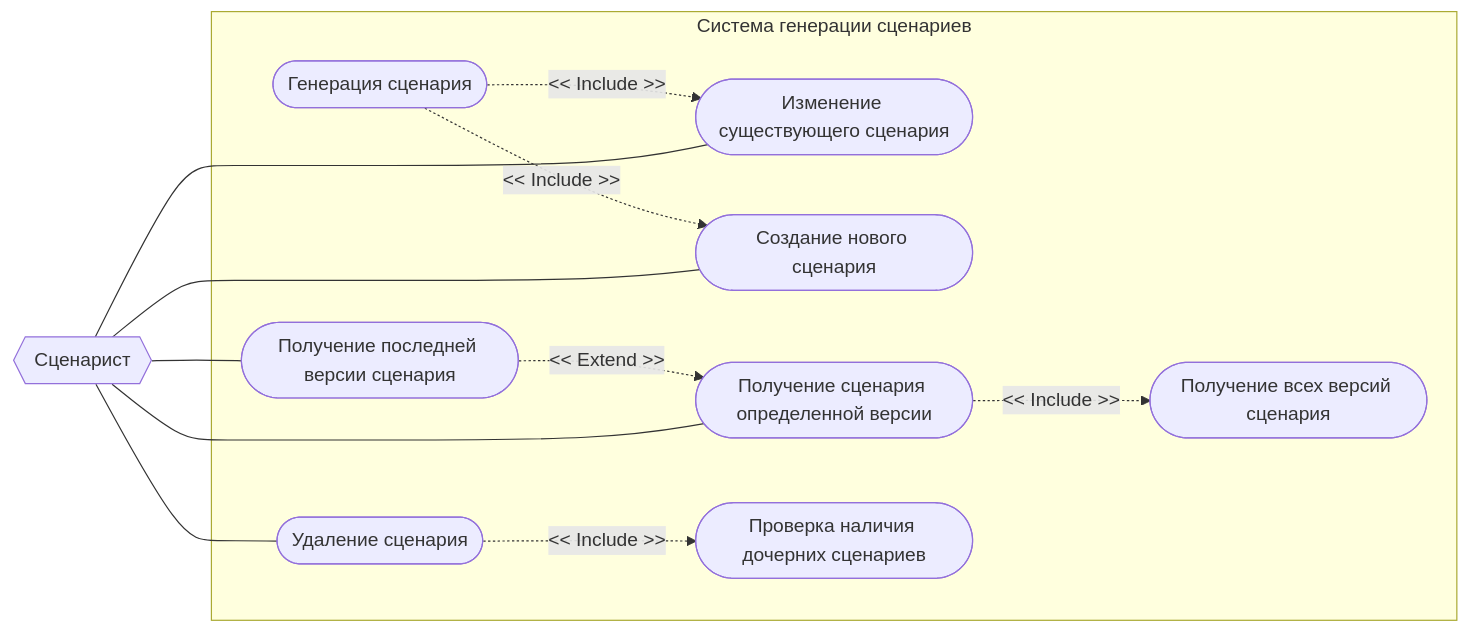
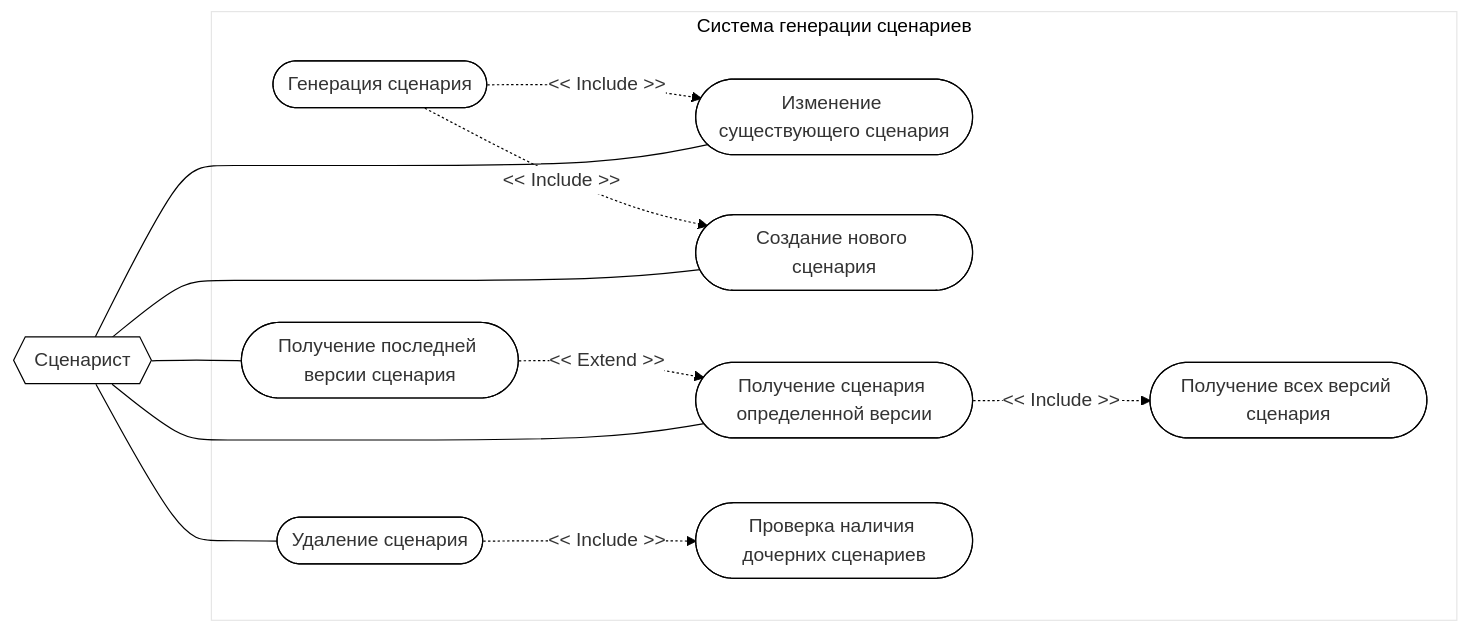
Before and after one commit to CHSU-scenarAIst/diagrammy: the diagram in Диаграмма вариантов использования.md, drawn with Mermaid. The commit also changed 30 other files, not shown here.

Commit message:
рефактор диаграмм

````diff
--- a/Диаграмма вариантов использования.md
+++ b/Диаграмма вариантов использования.md
@@ -2,29 +2,41 @@
 ```mermaid
+%%{init: {
+  'theme': 'base',
+  'themeVariables': {
+    'primaryColor': '#fff',
+    'primaryBorderColor': '#000',
+    'lineColor': '#000',
+    'tertiaryColor': '#fff',
+    'edgeColor': '#000',
+    'fontFamily': 'arial',
+    'fontSize': '16px'
+  }
+}}%%
 graph LR
     subgraph "Система генерации сценариев"
         UC1([Изменение существующего сценария])
         UC2([Создание нового сценария])
         UC3([Генерация сценария])
         UC4([Получение сценария определенной версии])
         UC5([Получение всех версий сценария])
         UC6([Получение последней версии сценария])
         UC7([Удаление сценария])
         UC8([Проверка наличия дочерних сценариев])
 
         %% Связи отношений
         UC3 -. "<< Include >>" .-> UC1
         UC3 -. "<< Include >>" .-> UC2
         UC4 -. "<< Include >>" .-> UC5
         UC6 -. "<< Extend >>" .-> UC4
         UC7 -. "<< Include >>" .-> UC8
     end
 
     Actor{{Сценарист}}
     
     %% Связи актера
     Actor --- UC1
     Actor --- UC2
     Actor --- UC4
     Actor --- UC6
     Actor --- UC7
 ```
````
